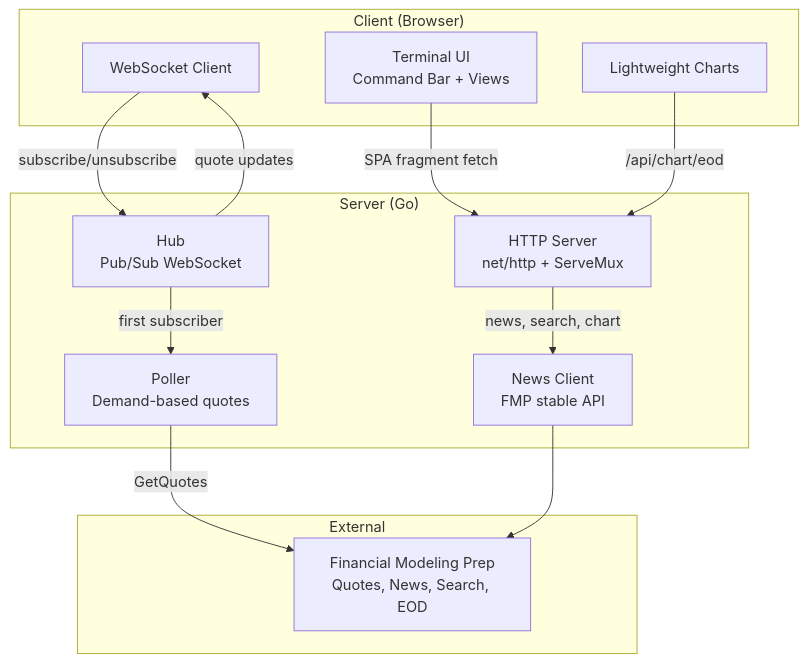
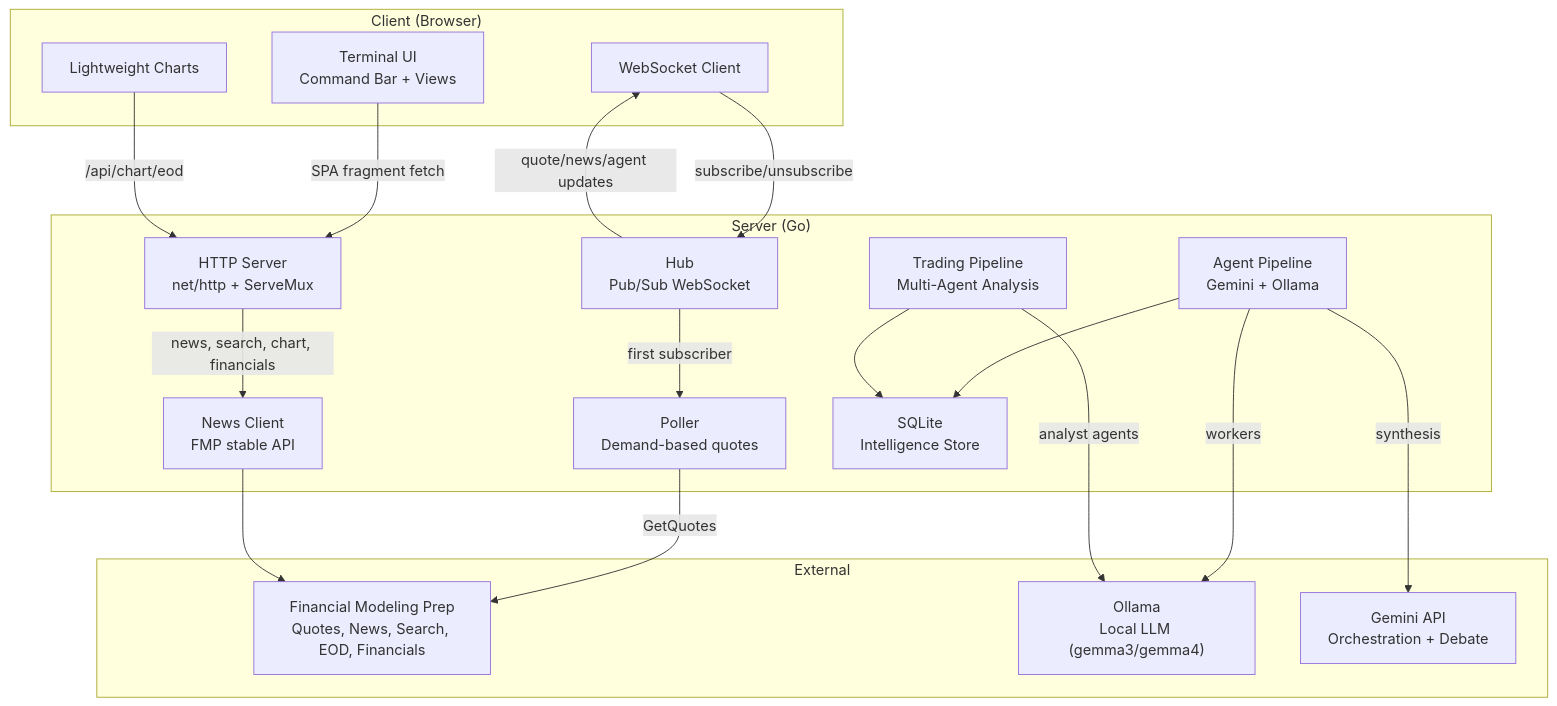
One commit to binarypath/stocktopus changed the diagram in README.md. Above: the diagram before and after it, drawn with Mermaid. The commit also changed other lines of this file and 10 other files, not shown here.

First line of the commit message:
feat: multi-agent trading analysis pipeline (phase 1) (#39)

````diff
--- a/README.md
+++ b/README.md
@@ -17,28 +20,38 @@
 ```mermaid
 graph TD
     subgraph "Client (Browser)"
         UI["Terminal UI<br/>Command Bar + Views"]
         WS["WebSocket Client"]
         LC["Lightweight Charts"]
     end
 
     subgraph "Server (Go)"
         SRV["HTTP Server<br/>net/http + ServeMux"]
         HUB["Hub<br/>Pub/Sub WebSocket"]
         POLL["Poller<br/>Demand-based quotes"]
         NEWS["News Client<br/>FMP stable API"]
+        AGENT["Agent Pipeline<br/>Gemini + Ollama"]
+        TRADE["Trading Pipeline<br/>Multi-Agent Analysis"]
+        DB["SQLite<br/>Intelligence Store"]
     end
 
     subgraph "External"
-        FMP["Financial Modeling Prep<br/>Quotes, News, Search, EOD"]
+        FMP["Financial Modeling Prep<br/>Quotes, News, Search, EOD, Financials"]
+        OLLAMA["Ollama<br/>Local LLM (gemma3/gemma4)"]
+        GEMINI["Gemini API<br/>Orchestration + Debate"]
     end
 
     UI -- "SPA fragment fetch" --> SRV
     WS -- "subscribe/unsubscribe" --> HUB
-    HUB -- "quote updates" --> WS
+    HUB -- "quote/news/agent updates" --> WS
     HUB -- "first subscriber" --> POLL
     POLL -- "GetQuotes" --> FMP
-    SRV -- "news, search, chart" --> NEWS
+    SRV -- "news, search, chart, financials" --> NEWS
     NEWS --> FMP
     LC -- "/api/chart/eod" --> SRV
+    AGENT -- "synthesis" --> GEMINI
+    AGENT -- "workers" --> OLLAMA
+    TRADE -- "analyst agents" --> OLLAMA
+    AGENT --> DB
+    TRADE --> DB
 ```
````
